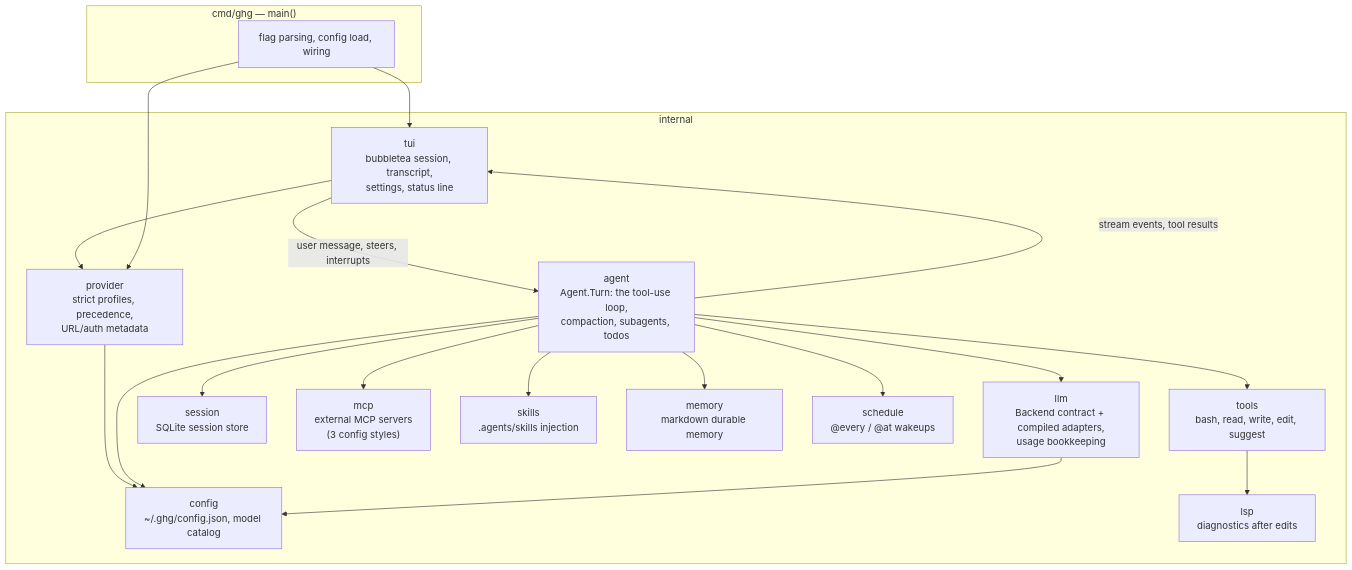
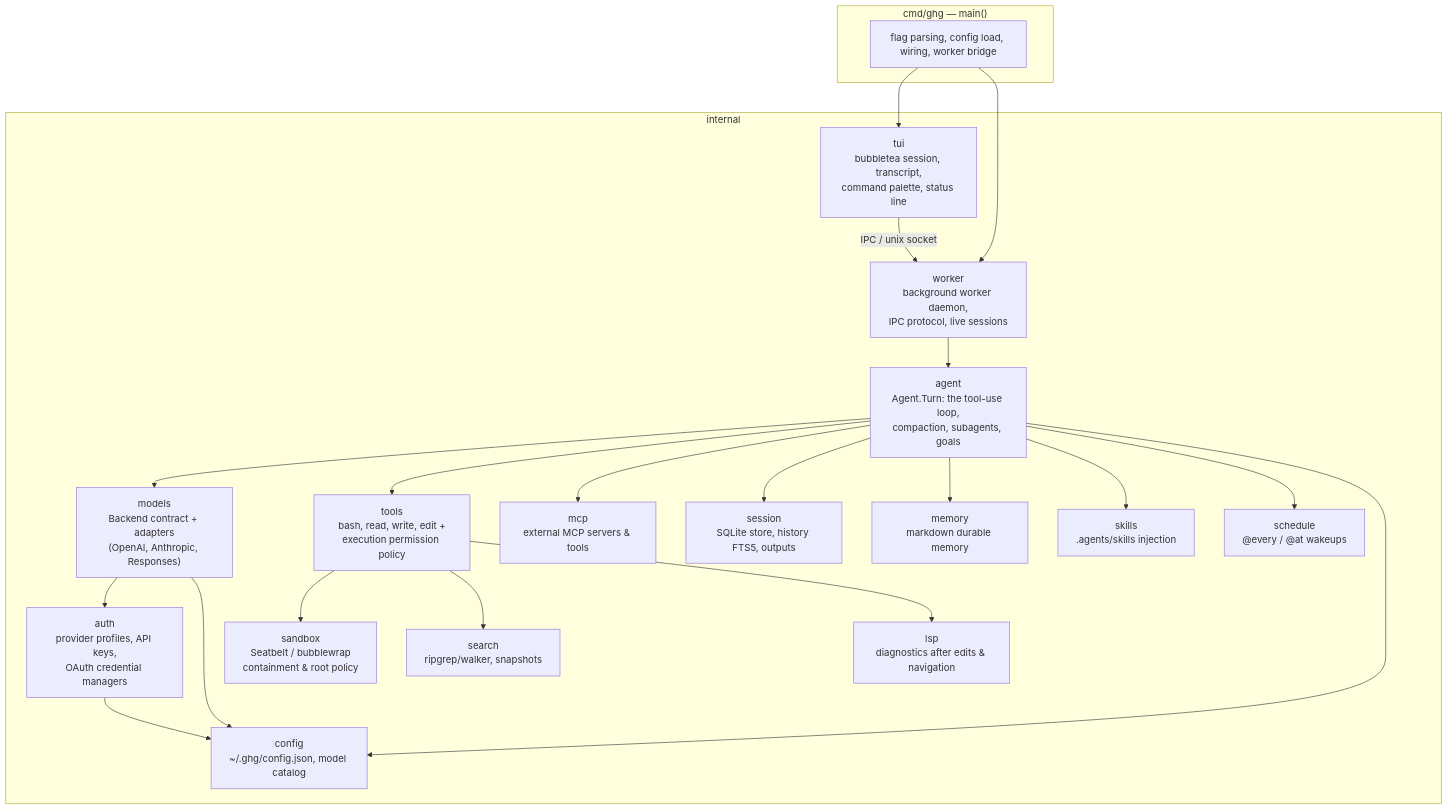
Before and after one commit to sacca97/ghg: the first of 2 diagrams in docs/architecture.md, drawn with Mermaid. The commit also changed other lines of this file and 230 other files, not shown here.

````diff
--- a/docs/architecture.md
+++ b/docs/architecture.md
@@ -9,38 +9,43 @@
 ```mermaid
 flowchart TB
     subgraph cmd["cmd/ghg — main()"]
-        M[flag parsing, config load, wiring]
+        M[flag parsing, config load, wiring, worker bridge]
     end
 
     subgraph internal
-        TUI["tui<br/>bubbletea session, transcript,<br/>settings, status line"]
-        AGENT["agent<br/>Agent.Turn: the tool-use loop,<br/>compaction, subagents, todos"]
-        LLM["llm<br/>Backend contract + compiled adapters,<br/>usage bookkeeping"]
-        PROV["provider<br/>strict profiles, precedence,<br/>URL/auth metadata"]
-        TOOLS["tools<br/>bash, read, write, edit, suggest"]
+        TUI["tui<br/>bubbletea session, transcript,<br/>command palette, status line"]
+        WORKER["worker<br/>background worker daemon,<br/>IPC protocol, live sessions"]
+        AGENT["agent<br/>Agent.Turn: the tool-use loop,<br/>compaction, subagents, goals"]
+        MODELS["models<br/>Backend contract + adapters<br/>(OpenAI, Anthropic, Responses)"]
+        AUTH["auth<br/>provider profiles, API keys,<br/>OAuth credential managers"]
+        TOOLS["tools<br/>bash, read, write, edit +<br/>execution permission policy"]
+        SANDBOX["sandbox<br/>Seatbelt / bubblewrap<br/>containment & root policy"]
+        SEARCH["search<br/>ripgrep/walker, snapshots"]
         CFG["config<br/>~/.ghg/config.json, model catalog"]
-        SESS["session<br/>SQLite session store"]
-        MCP["mcp<br/>external MCP servers<br/>(3 config styles)"]
+        SESS["session<br/>SQLite store, history FTS5, outputs"]
+        MCP["mcp<br/>external MCP servers & tools"]
         SKILLS["skills<br/>.agents/skills injection"]
-        LSP["lsp<br/>diagnostics after edits"]
+        LSP["lsp<br/>diagnostics after edits & navigation"]
         MEM["memory<br/>markdown durable memory"]
         SCHED["schedule<br/>@every / @at wakeups"]
     end
 
     M --> TUI
-    TUI -->|user message, steers, interrupts| AGENT
-    AGENT -->|stream events, tool results| TUI
-    AGENT --> LLM
-    TUI --> PROV
-    M --> PROV
-    PROV --> CFG
+    M --> WORKER
+    TUI -->|IPC / unix socket| WORKER
+    WORKER --> AGENT
+    AGENT --> MODELS
+    MODELS --> AUTH
+    AUTH --> CFG
     AGENT --> TOOLS
+    TOOLS --> SANDBOX
+    TOOLS --> SEARCH
+    TOOLS --> LSP
     AGENT --> MCP
-    TOOLS --> LSP
     AGENT --> SESS
     AGENT --> MEM
     AGENT --> SKILLS
     AGENT --> SCHED
     AGENT --> CFG
-    LLM --> CFG
+    MODELS --> CFG
 ```
````
